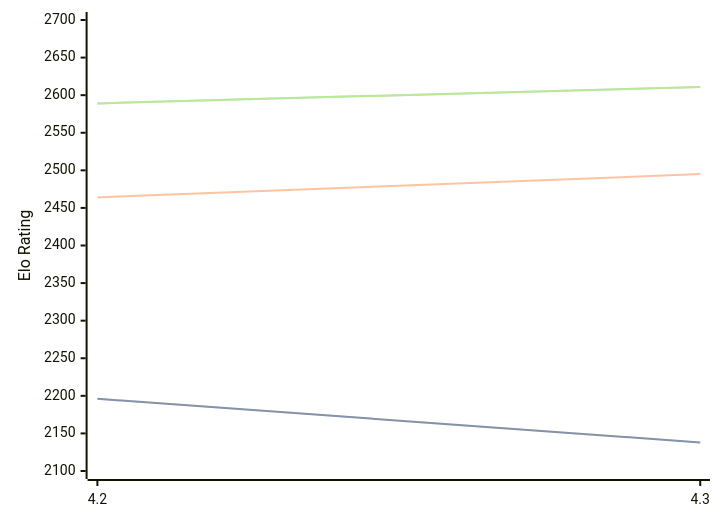
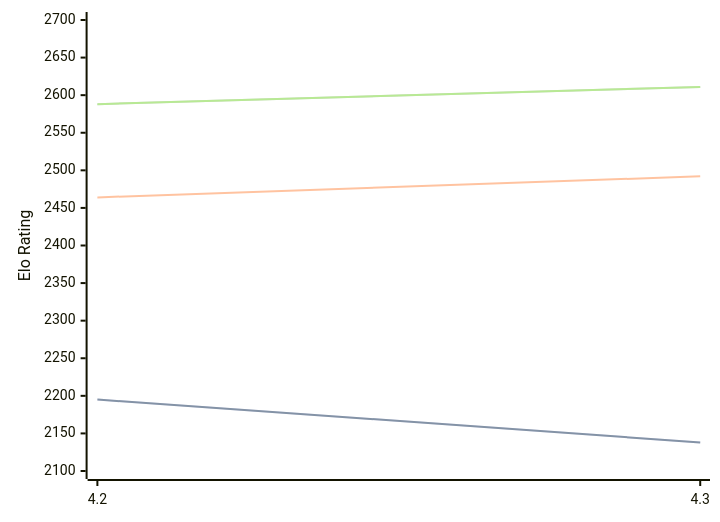
One commit to computer-chess-index/cci changed the diagram in engines/Eubos.md. Above: the diagram before and after it, drawn with Mermaid. The commit also changed other lines of this file, not shown here.

Commit message:
Update CCI Ratings (ELO VLTC) - 2026-04-27

````diff
--- a/engines/Eubos.md
+++ b/engines/Eubos.md
@@ -88,11 +88,11 @@
 ```mermaid
 %%{init: {"theme":"base","themeVariables":{"seriesColors:['#a3a3a3','#222221','#faa371']}}}%%
 xychart-beta
   x-axis ["4.2", "4.3"]
   y-axis "Elo Rating" 2100 --> 2700
-  line "STC (8.0+0.08s)" [2196, 2138]
-  line "STC (8.0+0.08s)" [2196, 2138]
-  line "LTC (60.0+0.60s)" [2464, 2495]
-  line "VLTC (2m24s+1.12s)" [2589, 2611]
-  line "VLTC (2m24s+1.12s)" [2589, 2611]
+  line "STC (8.0+0.08s)" [2195, 2138]
+  line "STC (8.0+0.08s)" [2195, 2138]
+  line "LTC (60.0+0.60s)" [2464, 2492]
+  line "VLTC (2m24s+1.12s)" [2588, 2611]
+  line "VLTC (2m24s+1.12s)" [2588, 2611]
 ```
````
